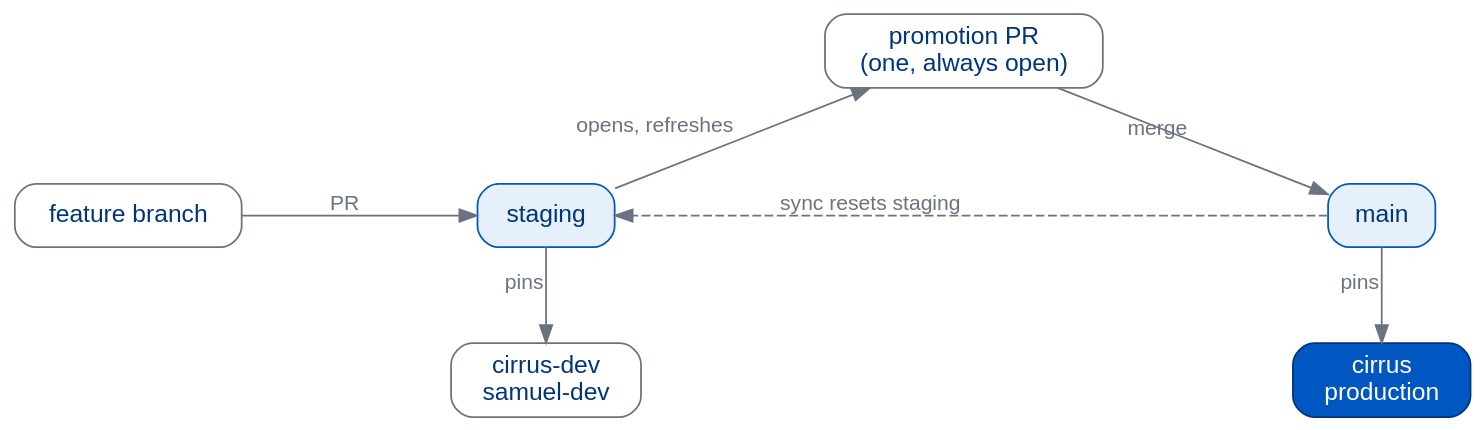
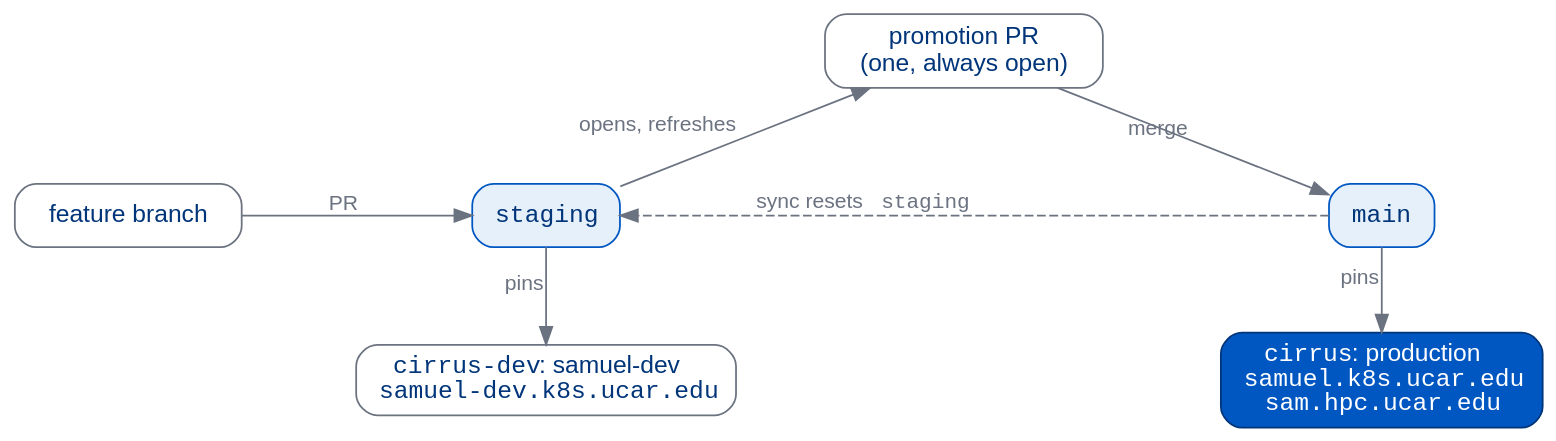
One commit to benkirk/sam-queries changed the second of 4 diagrams in docs/presentations/samuel/_5-deployment.qmd. Above: the diagram before and after it, drawn with Graphviz. The commit also changed other lines of this file and 63 other files, not shown here.

Commit message:
Staging -> Main (#752)

````diff
--- a/docs/presentations/samuel/_5-deployment.qmd
+++ b/docs/presentations/samuel/_5-deployment.qmd
@@ -66,22 +75,22 @@
 ```{dot}
 //| fig-width: 10
 digraph Branches {
   graph [layout=neato, splines=true, bgcolor="transparent"];
   node  [shape=box, style="rounded,filled", fontname="Helvetica", fontsize=14,
          fillcolor="#FFFFFF", color="#6B7280", fontcolor="#00357A", margin="0.18,0.08"];
   edge  [fontname="Helvetica", fontsize=12, color="#6B7280", fontcolor="#6B7280"];
   feat    [label="feature branch", pos="0,1.3!"];
-  staging [label="staging", pos="3.3,1.3!", fillcolor="#E6F0FA", color="#0057C2"];
+  staging [label=<<FONT FACE="Courier">staging</FONT>>, pos="3.3,1.3!", fillcolor="#E6F0FA", color="#0057C2"];
   promo   [label="promotion PR\n(one, always open)", pos="6.6,2.6!"];
-  main    [label="main", pos="9.9,1.3!", fillcolor="#E6F0FA", color="#0057C2"];
-  dev     [label="cirrus-dev\nsamuel-dev", pos="3.3,0!"];
-  prod    [label="cirrus\nproduction", pos="9.9,0!", fillcolor="#0057C2", color="#00357A",
-           fontcolor="#FFFFFF"];
+  main    [label=<<FONT FACE="Courier">main</FONT>>, pos="9.9,1.3!", fillcolor="#E6F0FA", color="#0057C2"];
+  dev     [label=<<FONT FACE="Courier">cirrus-dev</FONT>: samuel-dev<BR/><FONT FACE="Courier">samuel-dev.k8s.ucar.edu</FONT>>, pos="3.3,0!"];
+  prod    [label=<<FONT FACE="Courier">cirrus</FONT>: production<BR/><FONT FACE="Courier">samuel.k8s.ucar.edu</FONT><BR/><FONT FACE="Courier">sam.hpc.ucar.edu</FONT>>, pos="9.9,0!",
+           fillcolor="#0057C2", color="#00357A", fontcolor="#FFFFFF"];
   feat -> staging [label="PR"];
   staging -> promo [label="opens, refreshes"];
   promo -> main [label="merge"];
-  main -> staging [style=dashed, label="sync resets staging"];
+  main -> staging [style=dashed, label=<sync resets&#160;<FONT FACE="Courier">staging</FONT>>];
   staging -> dev [label="pins"];
   main -> prod [label="pins"];
 }
 ```
````
